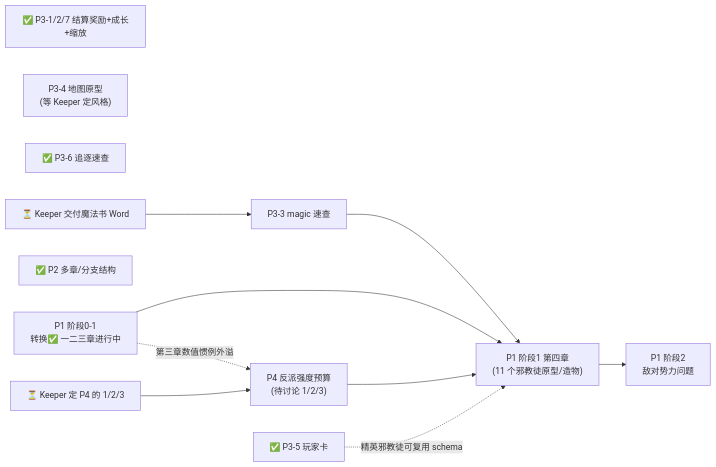
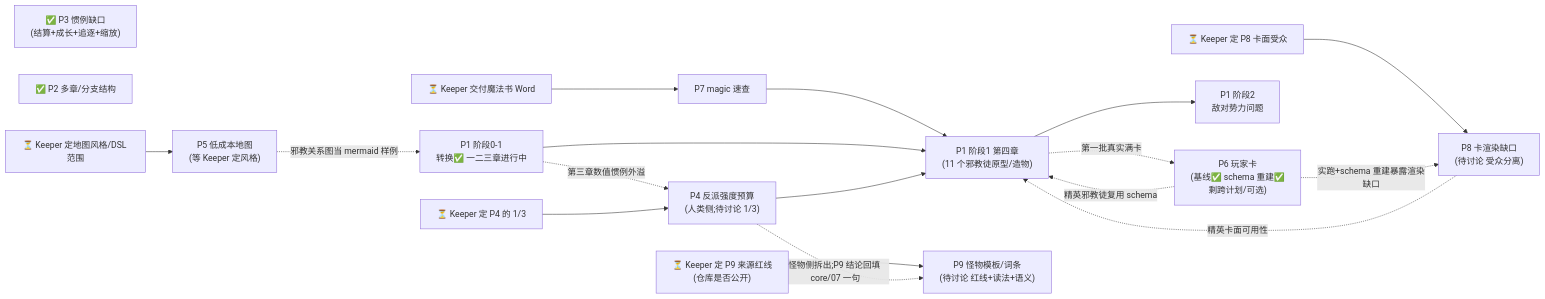
One commit to Mzihong/coc-keeper-kit changed the diagram in update_plan/README.md. Above: the diagram before and after it, drawn with Mermaid. The commit also changed other lines of this file and 18 other files, not shown here.

````diff
--- a/update_plan/README.md
+++ b/update_plan/README.md
@@ -24,25 +29,35 @@
 ```mermaid
 graph LR
-    P3s["✅ P3-1/2/7 结算奖励+成长+缩放"]
-    P3m["P3-3 magic 速查"]
-    P3map["P3-4 地图原型<br/>(等 Keeper 定风格)"]
-    P3inv["✅ P3-5 玩家卡"]
-    P3chase["✅ P3-6 追逐速查"]
+    P3["✅ P3 惯例缺口<br/>(结算+成长+追逐+缩放)"]
+    P7["P7 magic 速查"]
+    P5["P5 低成本地图<br/>(等 Keeper 定风格)"]
+    P6["P6 玩家卡<br/>(基线✅ schema 重建✅<br/>剩跨计划/可选)"]
     P1a["P1 阶段0-1<br/>转换✅ 一二三章进行中"]
     P1b["P1 阶段1 第四章<br/>(11 个邪教徒原型/造物)"]
     P1c["P1 阶段2<br/>敌对势力问题"]
     P2["✅ P2 多章/分支结构"]
-    P4["P4 反派强度预算<br/>(待讨论 1/2/3)"]
+    P4["P4 反派强度预算<br/>(人类侧;待讨论 1/3)"]
+    P8["P8 卡渲染缺口<br/>(待讨论 受众分离)"]
+    P9["P9 怪物模板/词条<br/>(待讨论 红线+读法+语义)"]
     KeeperDoc["⏳ Keeper 交付魔法书 Word"]
-    KeeperCall["⏳ Keeper 定 P4 的 1/2/3"]
+    KeeperCall["⏳ Keeper 定 P4 的 1/3"]
+    KeeperMap["⏳ Keeper 定地图风格/DSL 范围"]
+    KeeperView["⏳ Keeper 定 P8 卡面受众"]
+    KeeperRed["⏳ Keeper 定 P9 来源红线<br/>(仓库是否公开)"]
 
-    KeeperDoc --> P3m --> P1b
+    KeeperDoc --> P7 --> P1b
     P1a --> P1b --> P1c
     P1a -.第三章数值惯例外溢.-> P4
     KeeperCall --> P4 --> P1b
-    P3inv -.精英邪教徒可复用 schema.-> P1b
+    KeeperMap --> P5
+    KeeperView --> P8
+    KeeperRed --> P9
+    P4 -.怪物侧拆出;P9 结论回填 core/07 一句.-> P9
+    P8 -.精英卡面可用性.-> P1b
+    P6 -.实跑+schema 重建暴露渲染缺口.-> P8
+    P6 -.精英邪教徒复用 schema.-> P1b
+    P1b -.第一批真实满卡.-> P6
+    P5 -.邪教关系图当 mermaid 样例.-> P1a
     P2
-    P3s
-    P3map
-    P3chase
+    P3
 ```
````
